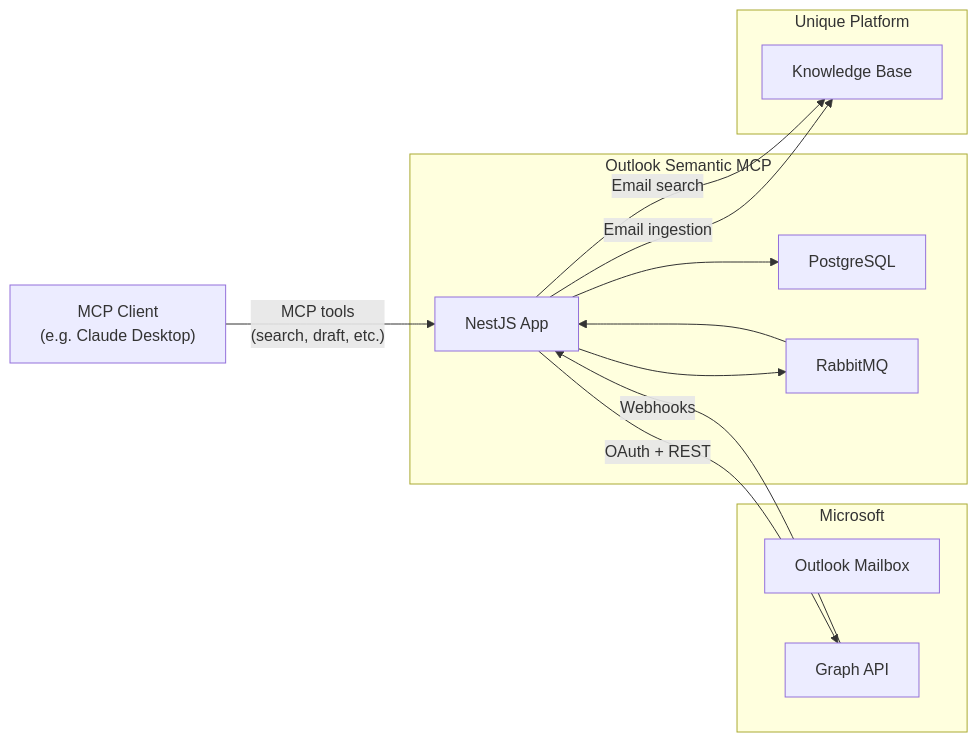
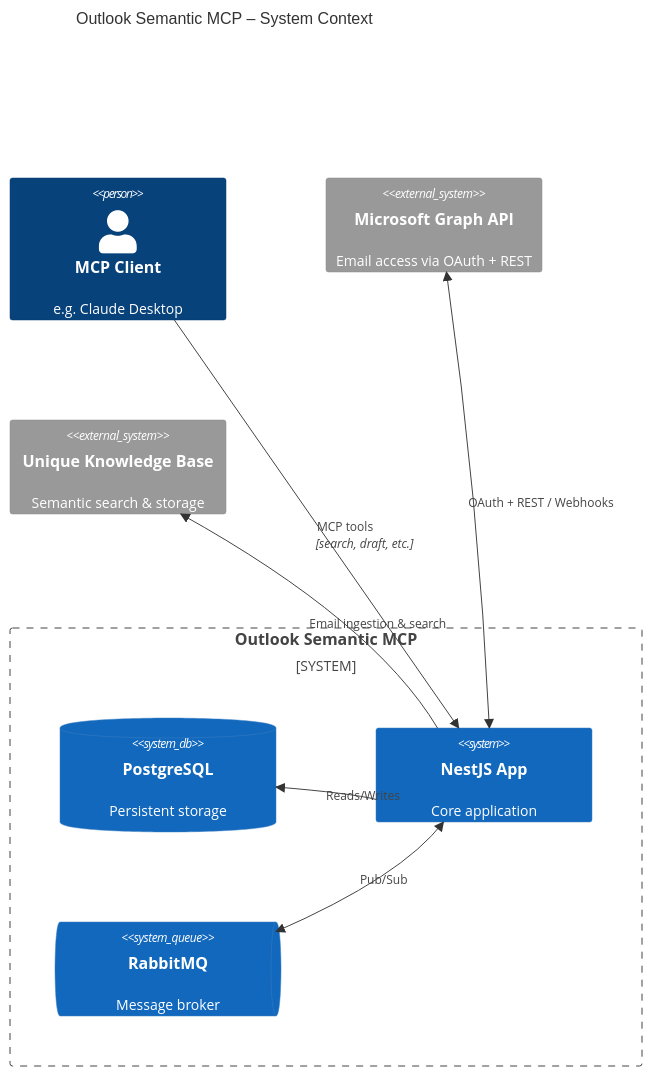
The diagram in services/outlook-semantic-mcp/docs/README.md (Unique-AG/connectors), drawn with Mermaid before and after one commit. The commit also changed 1 other file, not shown here.

````diff
--- a/services/outlook-semantic-mcp/docs/README.md
+++ b/services/outlook-semantic-mcp/docs/README.md
@@ -137,28 +137,23 @@
 ```mermaid
-flowchart LR
-    MCPClient["MCP Client\n(e.g. Claude Desktop)"]
+C4Context
+    title Outlook Semantic MCP – System Context
 
-    subgraph Microsoft["Microsoft"]
-        Outlook["Outlook Mailbox"]
-        GraphAPI["Graph API"]
-    end
+    Person(client, "MCP Client", "e.g. Claude Desktop")
 
-    subgraph Server["Outlook Semantic MCP"]
-        App["NestJS App"]
-        PG["PostgreSQL"]
-        MQ["RabbitMQ"]
-    end
+    System_Boundary(server, "Outlook Semantic MCP") {
+        SystemDb(pg, "PostgreSQL", "Persistent storage")
+        System(app, "NestJS App", "Core application")
+        SystemQueue(mq, "RabbitMQ", "Message broker")
+    }
 
-    subgraph Unique["Unique Platform"]
-        KB["Knowledge Base"]
-    end
+    System_Ext(graph, "Microsoft Graph API", "Email access via OAuth + REST")
+    System_Ext(kb, "Unique Knowledge Base", "Semantic search & storage")
 
-    MCPClient -- "MCP tools\n(search, draft, etc.)" --> App
-    App -- "OAuth + REST" --> GraphAPI
-    GraphAPI -- "Webhooks" --> App
-    App --> PG
-    App --> MQ
-    MQ --> App
-    App -- "Email ingestion" --> KB
-    App -- "Email search" --> KB
+    Rel(client, app, "MCP tools", "search, draft, etc.")
+    BiRel(app, graph, "OAuth + REST / Webhooks")
+    Rel(app, pg, "Reads/Writes")
+    BiRel(app, mq, "Pub/Sub")
+    Rel(app, kb, "Email ingestion & search")
+
+    UpdateLayoutConfig($c4ShapeInRow="3", $c4BoundaryInRow="1")
 ```
````
